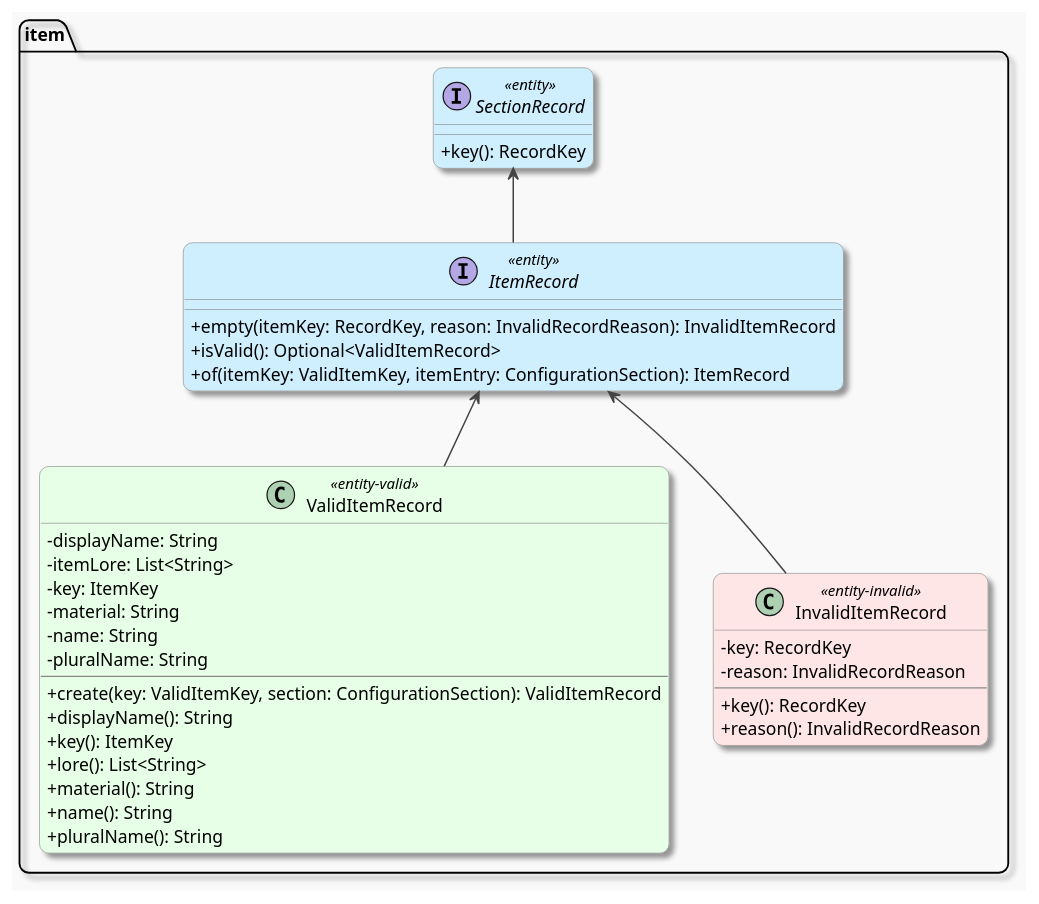
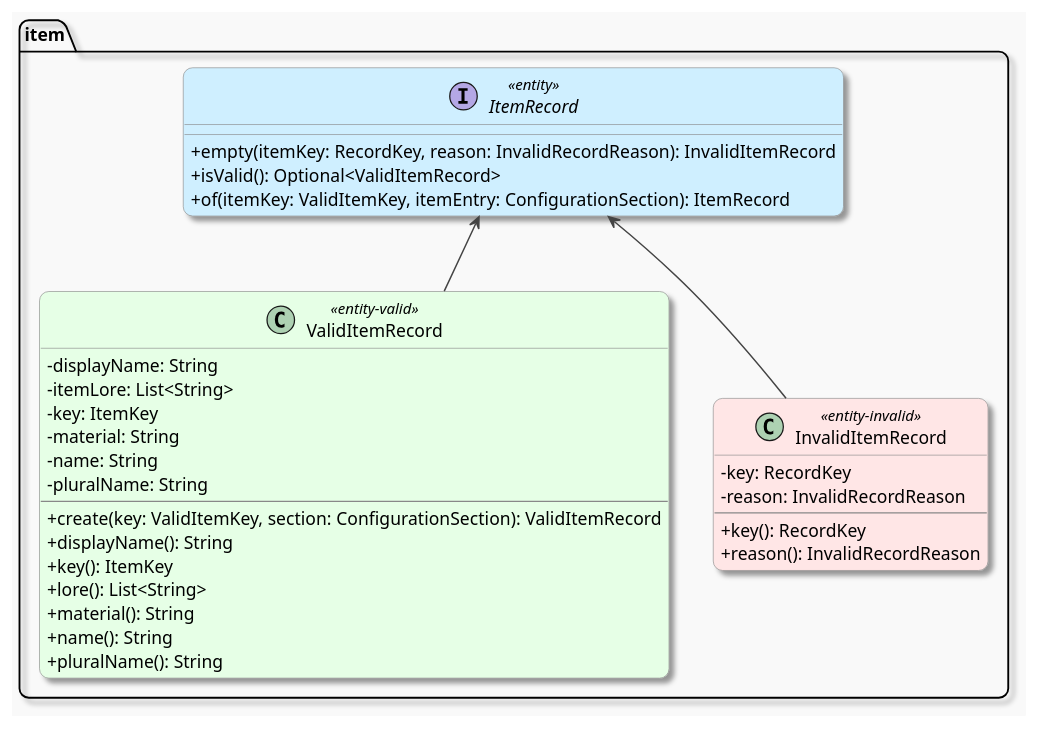
Before and after one commit to winterhavenmc/MessageBuilderLib: the diagram in models/src/main/java/com/winterhavenmc/library/messagebuilder/models/language/item/doc-files/ItemRecord_structure_alt.puml, drawn with PlantUML. The commit also changed 8 other files, not shown here.

Commit message:
add diagrams, package-info.java

```diff
--- a/models/src/main/java/com/winterhavenmc/library/messagebuilder/models/language/item/doc-files/ItemRecord_structure_alt.puml
+++ b/models/src/main/java/com/winterhavenmc/library/messagebuilder/models/language/item/doc-files/ItemRecord_structure_alt.puml
@@ -1,62 +1,58 @@
 @startuml
 
 ' === GLOBAL STYLING ===
 skinparam backgroundColor #f9f9f9
 skinparam shadowing true
 skinparam roundCorner 15
 skinparam ArrowColor #444444
 skinparam ArrowThickness 1.2
 skinparam ArrowFontSize 11
 skinparam packageTitleFontSize 14
 skinparam classFontName "Helvetica"
 skinparam classAttributeIconSize 0
 skinparam class {
   BackgroundColor white
   BorderColor #888888
 }
 skinparam class {
   BackgroundColor<<entity>> #cfefff
   BackgroundColor<<entity-valid>> #e6ffe6
   BackgroundColor<<entity-invalid>> #ffe6e6
 }
 
 package item {
-    interface SectionRecord <<entity>> {
-        + key(): RecordKey
-    }
     interface ItemRecord <<entity>> {
         + empty(itemKey: RecordKey, reason: InvalidRecordReason): InvalidItemRecord
         + isValid(): Optional<ValidItemRecord>
         + of(itemKey: ValidItemKey, itemEntry: ConfigurationSection): ItemRecord
     }
     class ValidItemRecord <<entity-valid>> {
         - displayName: String
         - itemLore: List<String>
         - key: ItemKey
         - material: String
         - name: String
         - pluralName: String
         --
         + create(key: ValidItemKey, section: ConfigurationSection): ValidItemRecord
         + displayName(): String
         + key(): ItemKey
         + lore(): List<String>
         + material(): String
         + name(): String
         + pluralName(): String
     }
     class InvalidItemRecord <<entity-invalid>> {
         - key: RecordKey
         - reason: InvalidRecordReason
         --
         + key(): RecordKey
         + reason(): InvalidRecordReason
     }
 }
 
 'edges
-SectionRecord <-- ItemRecord
 ItemRecord <-- ValidItemRecord
 ItemRecord <-- InvalidItemRecord
 
 @enduml
```
